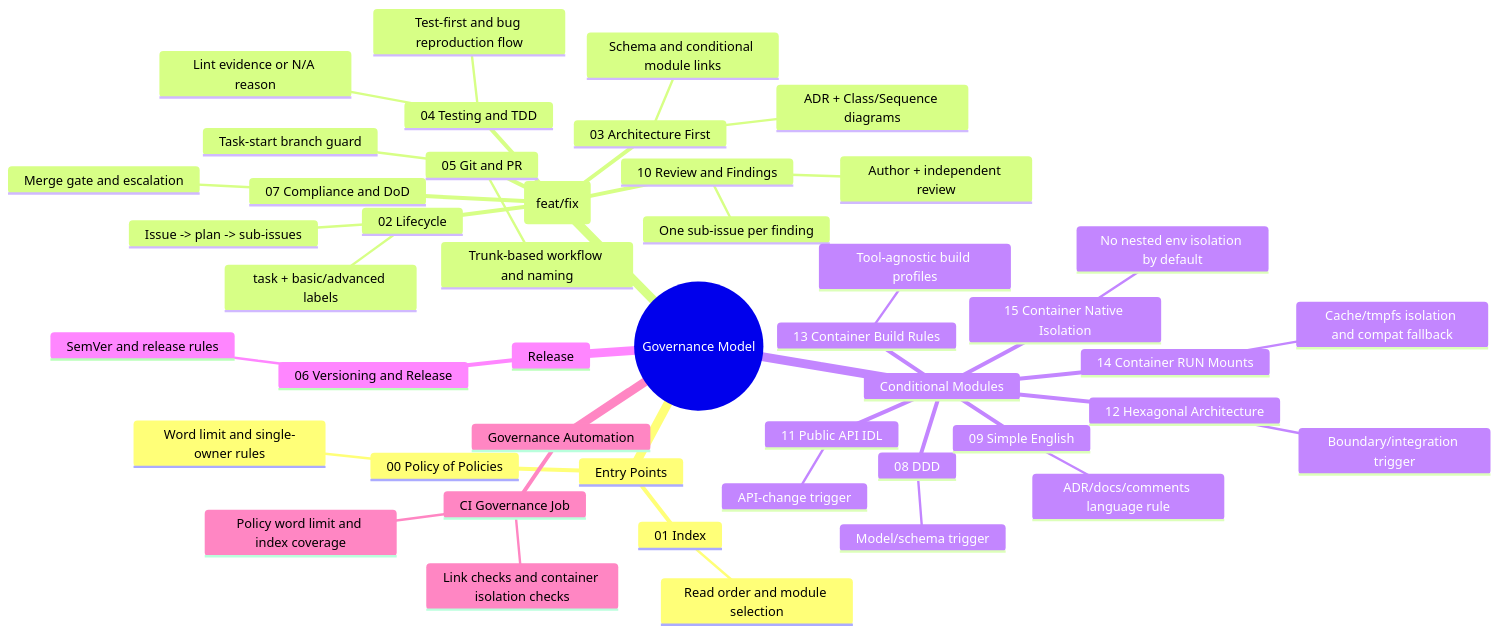
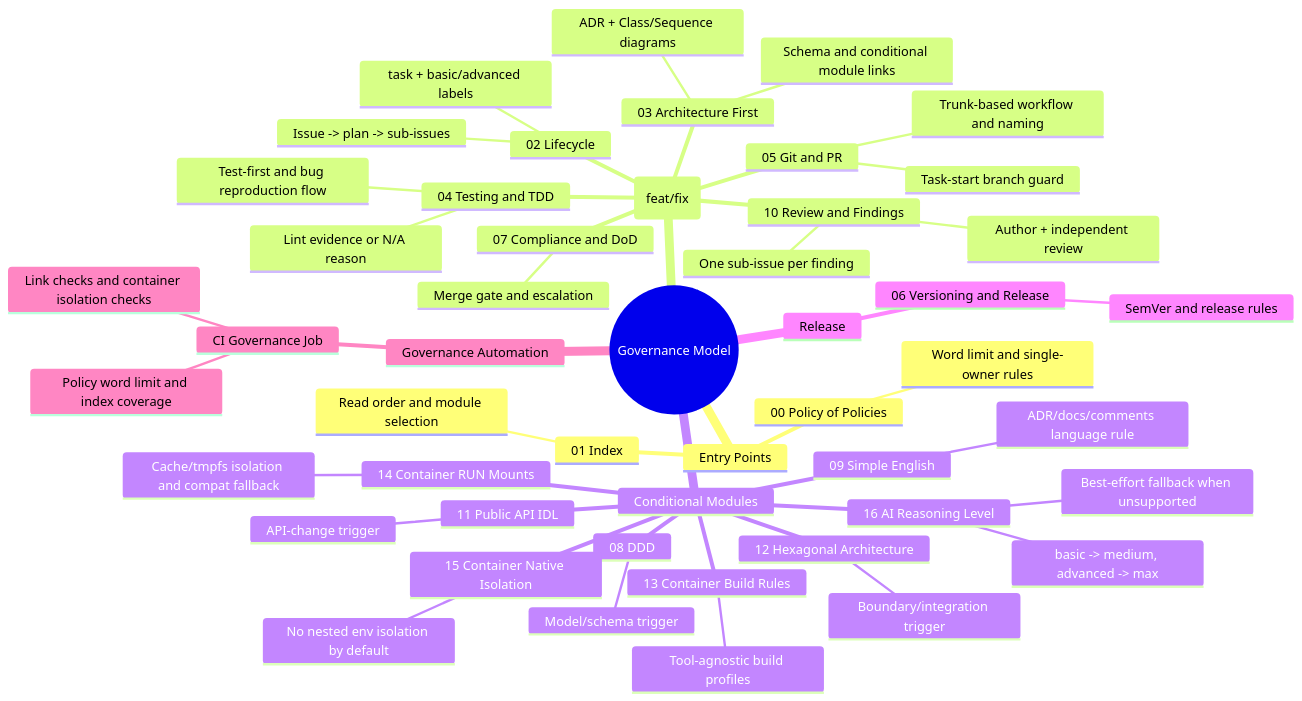
Before and after one commit to Albe83/openapi-to-mcp: the diagram in docs/diagrams/0001-governance-mindmap.md, drawn with Mermaid. The commit also changed 4 other files, not shown here.

Commit message:
docs(policy): add ai reasoning-level governance rule

````diff
--- a/docs/diagrams/0001-governance-mindmap.md
+++ b/docs/diagrams/0001-governance-mindmap.md
@@ -7,49 +7,52 @@
 ```mermaid
 mindmap
   root((Governance Model))
     Entry Points
       01 Index
         Read order and module selection
       00 Policy of Policies
         Word limit and single-owner rules
     Core Flow (feat/fix)
       02 Lifecycle
         Issue -> plan -> sub-issues
         task + basic/advanced labels
       03 Architecture First
         ADR + Class/Sequence diagrams
         Schema and conditional module links
       04 Testing and TDD
         Test-first and bug reproduction flow
         Lint evidence or N/A reason
       05 Git and PR
         Trunk-based workflow and naming
         Task-start branch guard
       10 Review and Findings
         Author + independent review
         One sub-issue per finding
       07 Compliance and DoD
         Merge gate and escalation
     Conditional Modules
       08 DDD
         Model/schema trigger
       11 Public API IDL
         API-change trigger
       12 Hexagonal Architecture
         Boundary/integration trigger
       13 Container Build Rules
         Tool-agnostic build profiles
       14 Container RUN Mounts
         Cache/tmpfs isolation and compat fallback
       15 Container Native Isolation
         No nested env isolation by default
+      16 AI Reasoning Level
+        basic -> medium, advanced -> max
+        Best-effort fallback when unsupported
       09 Simple English
         ADR/docs/comments language rule
     Release
       06 Versioning and Release
         SemVer and release rules
     Governance Automation
       CI Governance Job
         Policy word limit and index coverage
         Link checks and container isolation checks
 ```
````
